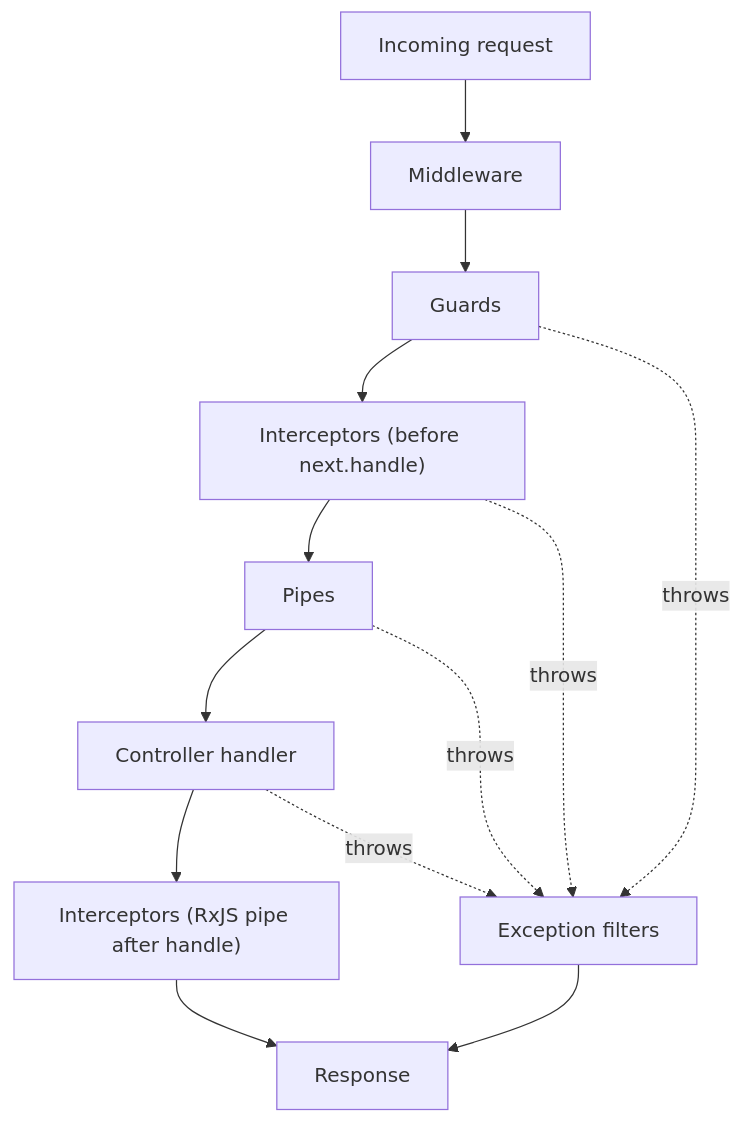
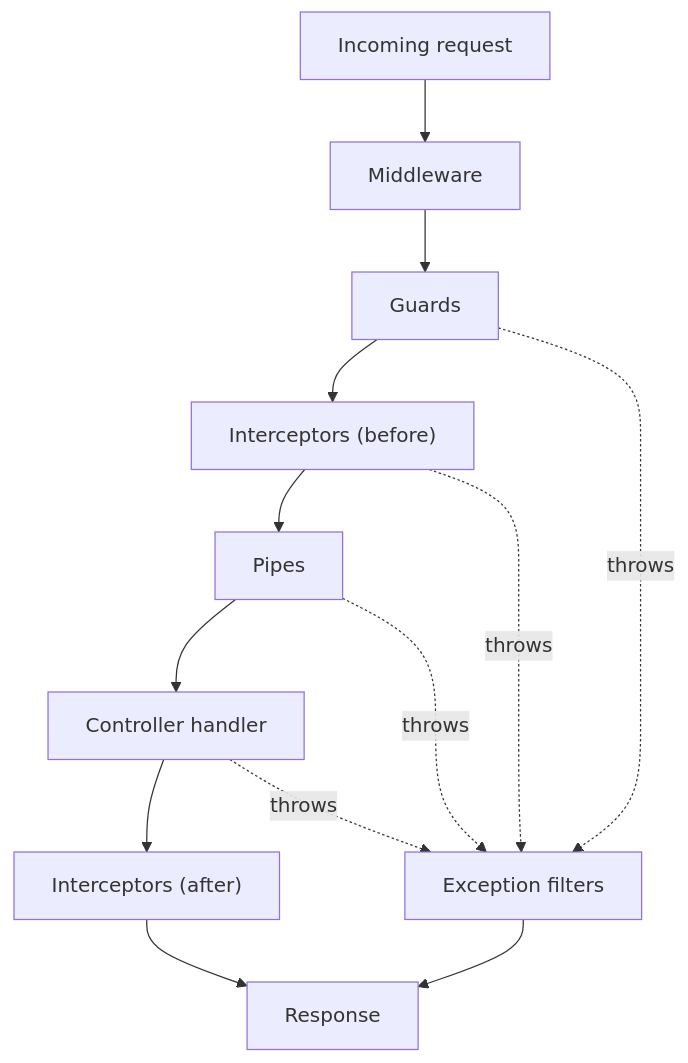
One commit to LOsioChico/knowledge-base changed the diagram in content/nestjs/fundamentals/request-lifecycle.md. Above: the diagram before and after it, drawn with Mermaid. The commit also changed other lines of this file, not shown here.

Commit message:
docs: trim RxJS detail, link out to interceptors

````diff
--- a/content/nestjs/fundamentals/request-lifecycle.md
+++ b/content/nestjs/fundamentals/request-lifecycle.md
@@ -22,15 +22,15 @@
 ```mermaid
 flowchart TD
     A[Incoming request] --> B[Middleware]
     B --> C[Guards]
-    C --> D["Interceptors (before next.handle)"]
+    C --> D["Interceptors (before)"]
     D --> E[Pipes]
     E --> F[Controller handler]
-    F --> G["Interceptors (RxJS pipe after handle)"]
+    F --> G["Interceptors (after)"]
     G --> H[Response]
     C -.throws.-> I[Exception filters]
     D -.throws.-> I
     E -.throws.-> I
     F -.throws.-> I
     I --> H
 ```
````
